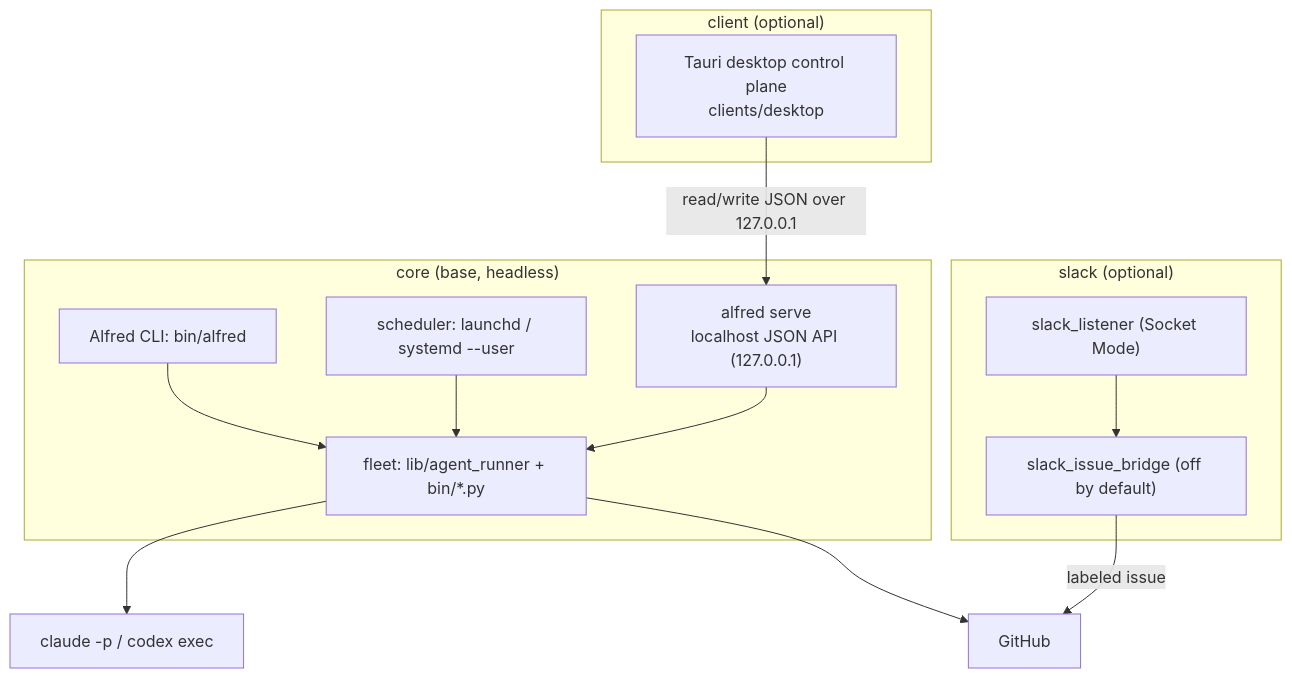
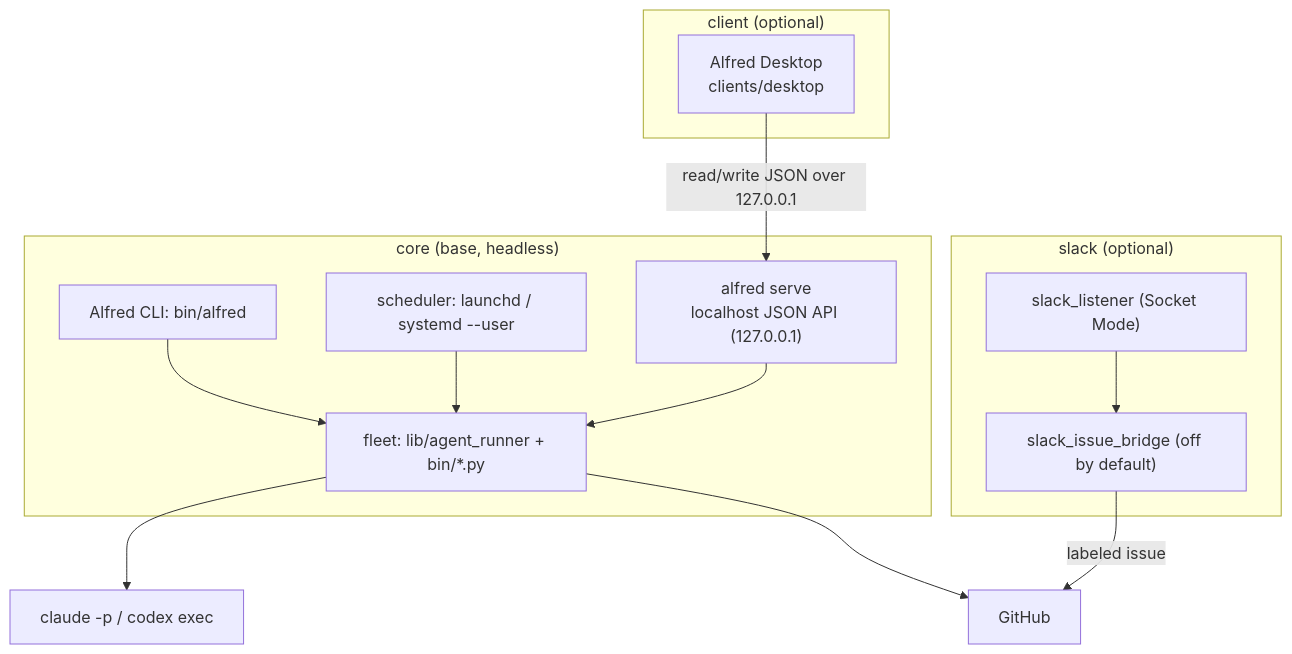
The seventh of 8 diagrams in docs/ARCHITECTURE.md (luminik-io/alfred-os), drawn with Mermaid before and after one commit. The commit also changed other lines of this file and 39 other files, not shown here.

````diff
--- a/docs/ARCHITECTURE.md
+++ b/docs/ARCHITECTURE.md
@@ -256,30 +256,30 @@
 ```mermaid
 flowchart TB
     subgraph core["core (base, headless)"]
         fleet["fleet: lib/agent_runner + bin/*.py"]
         cli["Alfred CLI: bin/alfred"]
         sched["scheduler: launchd / systemd --user"]
         serve["alfred serve<br/>localhost JSON API (127.0.0.1)"]
     end
 
     subgraph client["client (optional)"]
-        desktop["Tauri desktop control plane<br/>clients/desktop"]
+        desktop["Alfred Desktop<br/>clients/desktop"]
     end
 
     subgraph slack["slack (optional)"]
         listener["slack_listener (Socket Mode)"]
         bridge["slack_issue_bridge (off by default)"]
     end
 
     gh["GitHub"]
     engines["claude -p / codex exec"]
 
     fleet --> engines
     fleet --> gh
     cli --> fleet
     sched --> fleet
     serve --> fleet
     desktop -->|read/write JSON over 127.0.0.1| serve
     listener --> bridge
     bridge -->|labeled issue| gh
 ```
````
